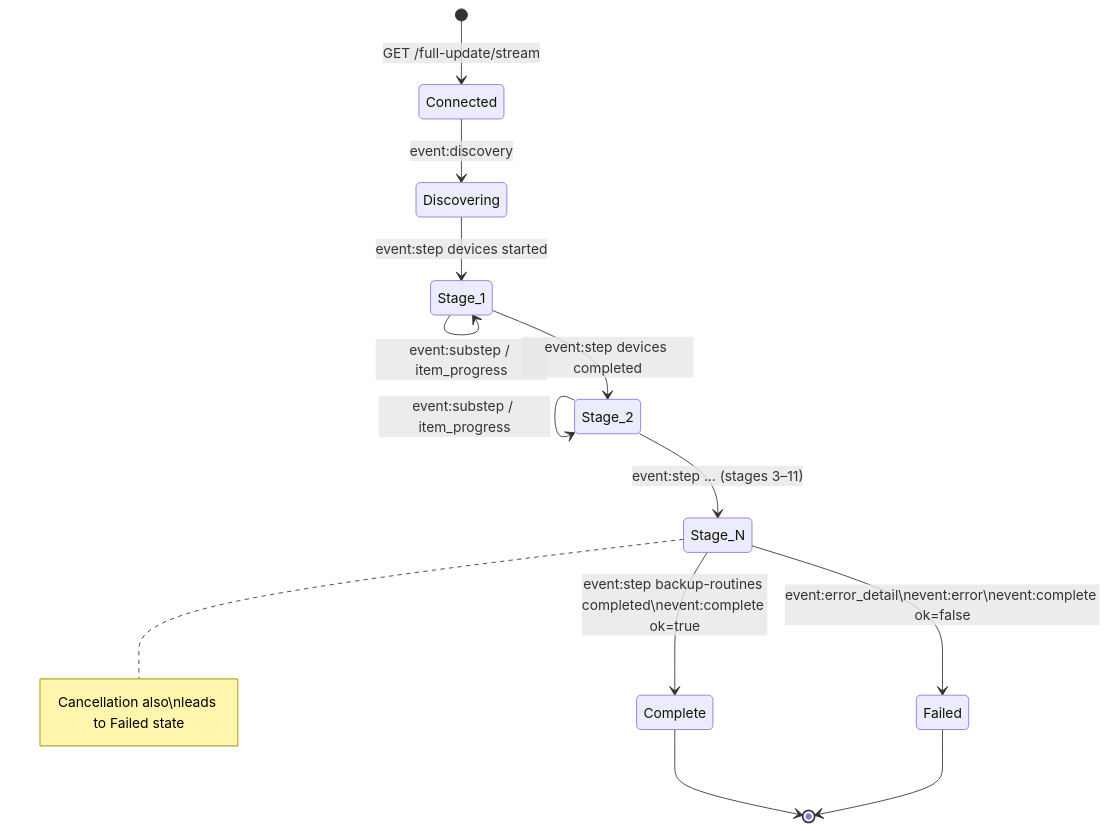
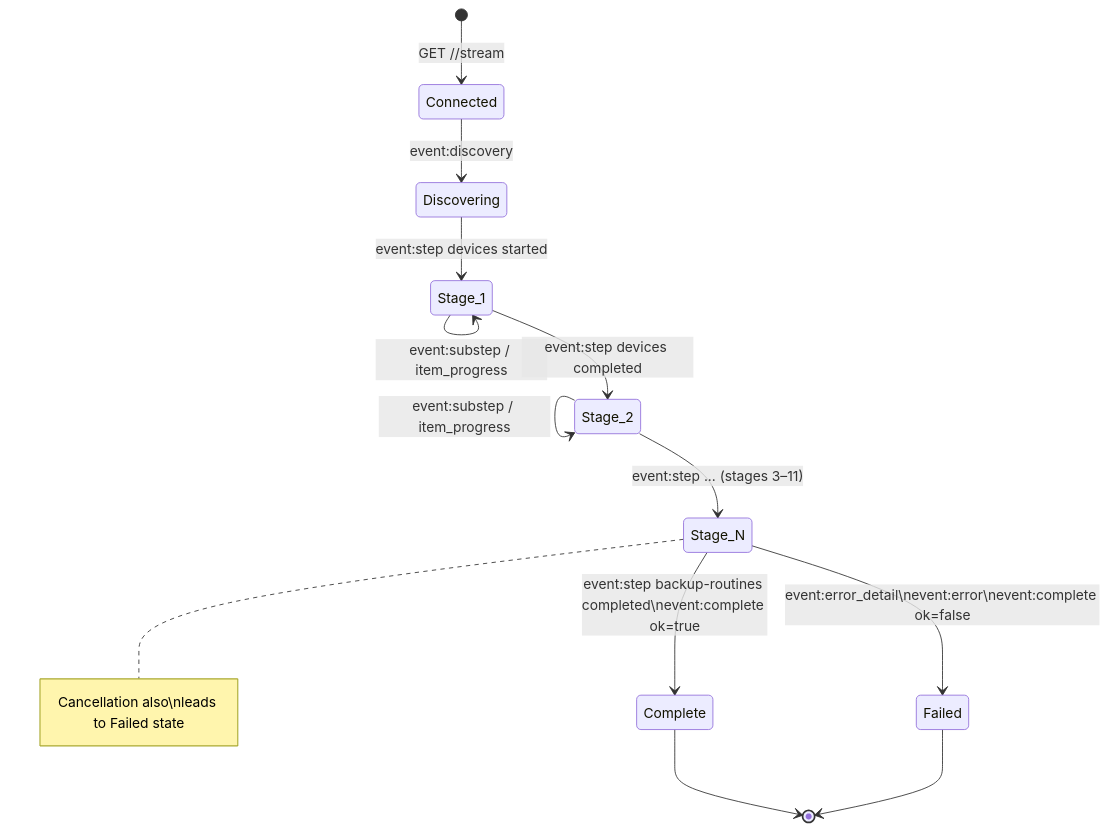
The second of 2 diagrams in docs/developer/streaming-protocol.md (emersonfelipesp/netbox-proxbox), drawn with Mermaid before and after one commit. The commit also changed other lines of this file and 45 other files, not shown here.

````diff
--- a/docs/developer/streaming-protocol.md
+++ b/docs/developer/streaming-protocol.md
@@ -204,21 +204,21 @@
 ```mermaid
 stateDiagram-v2
-    [*] --> Connected: GET /full-update/stream
+    [*] --> Connected: GET /<stage>/stream
 
     Connected --> Discovering: event:discovery
 
     Discovering --> Stage_1: event:step devices started
     Stage_1 --> Stage_1: event:substep / item_progress
     Stage_1 --> Stage_2: event:step devices completed
 
     Stage_2 --> Stage_2: event:substep / item_progress
     Stage_2 --> Stage_N: event:step ... (stages 3–11)
 
     Stage_N --> Complete: event:step backup-routines completed\nevent:complete ok=true
     Stage_N --> Failed: event:error_detail\nevent:error\nevent:complete ok=false
 
     Complete --> [*]
     Failed --> [*]
 
     note right of Stage_N: Cancellation also\nleads to Failed state
 ```
````
